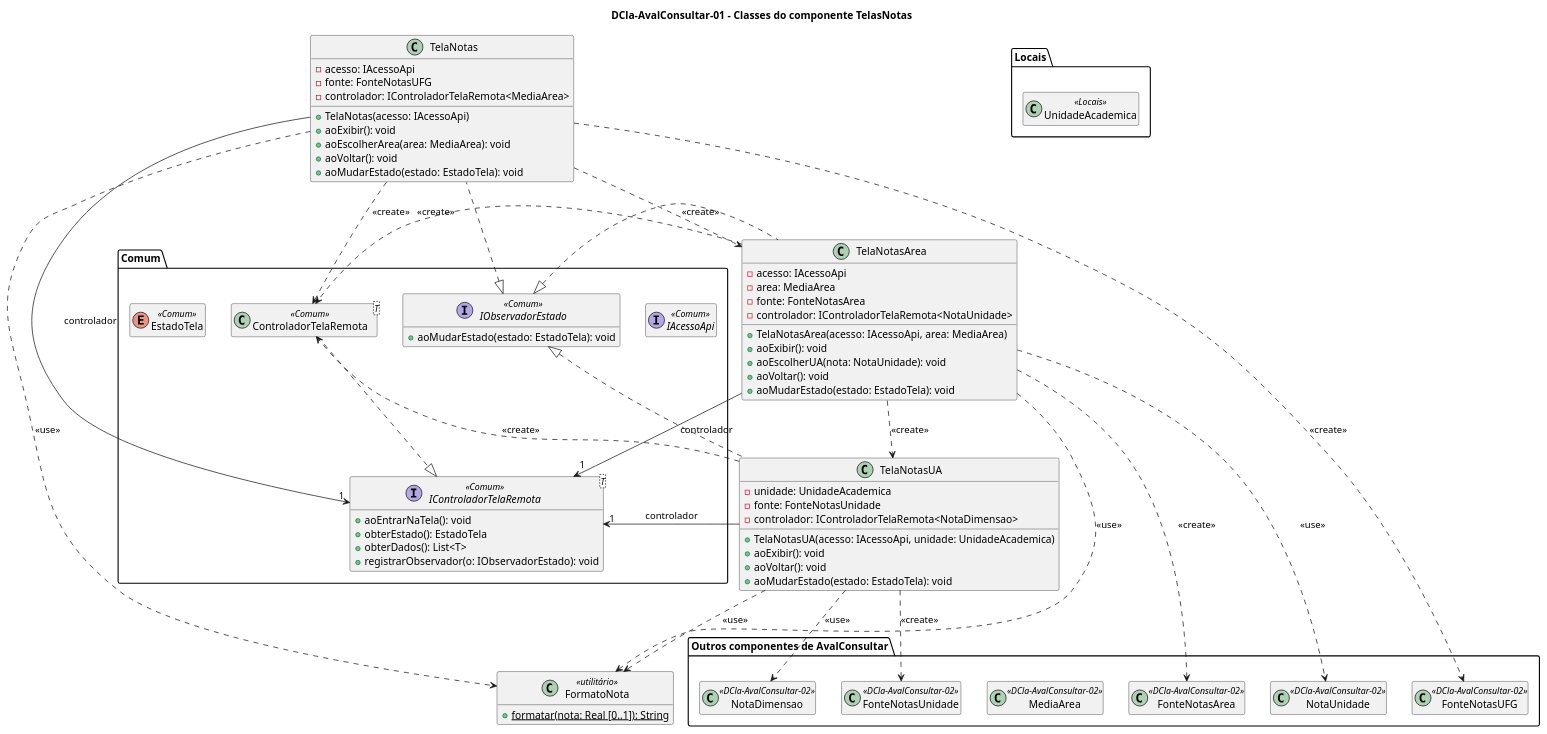
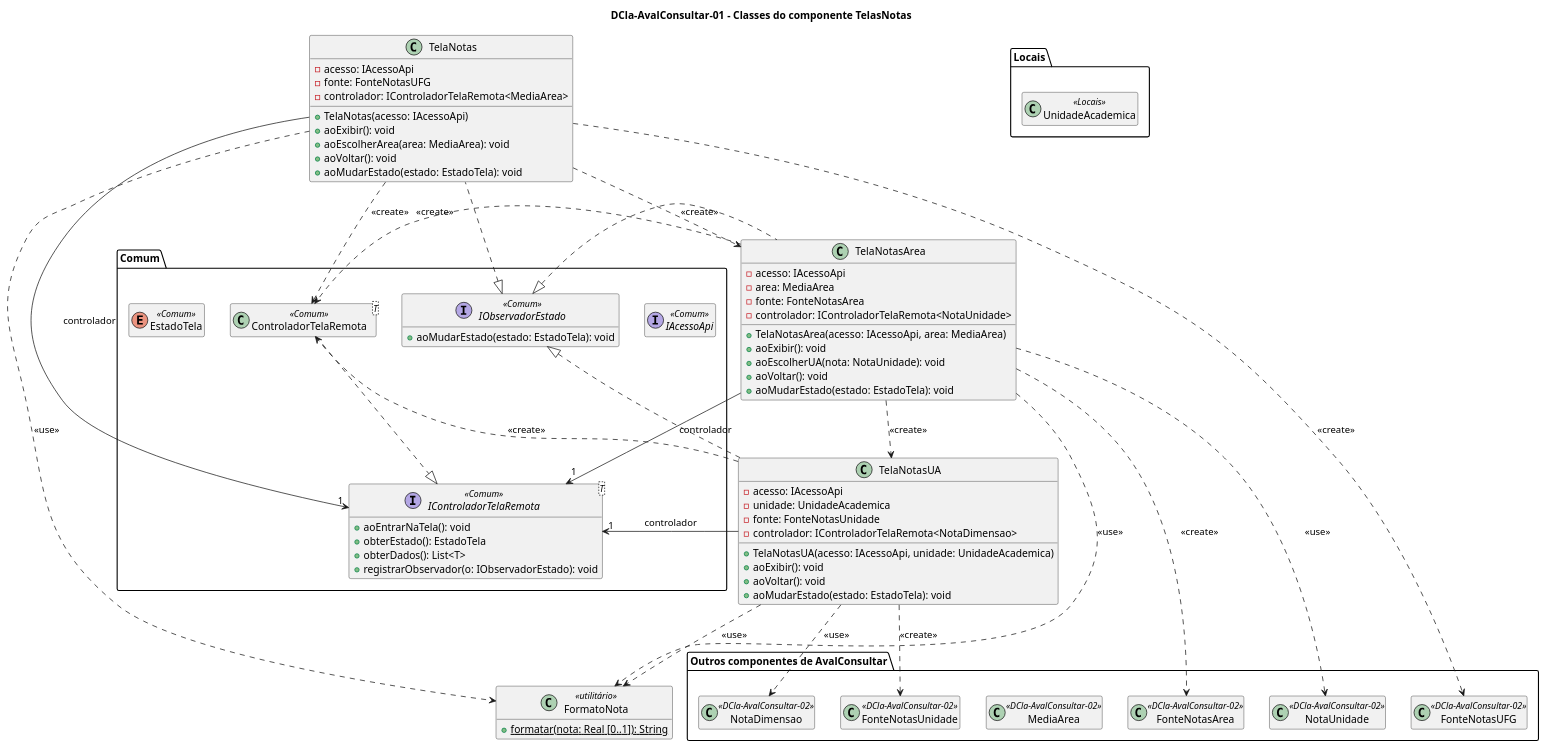
One commit to joseduardogon/Minha_UFG_Grupo_Cinza changed the diagram in AvalConsultar/DCla-AvalConsultar-01.puml. Above: the diagram before and after it, drawn with PlantUML. The commit also changed 11 other files, not shown here.

```diff
--- a/AvalConsultar/DCla-AvalConsultar-01.puml
+++ b/AvalConsultar/DCla-AvalConsultar-01.puml
@@ -1,92 +1,93 @@
 @startuml DCla-AvalConsultar-01
 title DCla-AvalConsultar-01 – Classes do componente TelasNotas
 hide empty members
 
 package "Comum" {
   interface IAcessoApi <<Comum>>
   interface IObservadorEstado <<Comum>> {
     + aoMudarEstado(estado: EstadoTela): void
   }
   interface "IControladorTelaRemota<T>" as IControlador <<Comum>> {
     + aoEntrarNaTela(): void
     + obterEstado(): EstadoTela
     + obterDados(): List<T>
     + registrarObservador(o: IObservadorEstado): void
   }
   class "ControladorTelaRemota<T>" as Controlador <<Comum>>
   enum EstadoTela <<Comum>>
 }
 
 package "Locais" {
   class UnidadeAcademica <<Locais>>
 }
 
 package "Outros componentes de AvalConsultar" {
   class FonteNotasUFG <<DCla-AvalConsultar-02>>
   class FonteNotasArea <<DCla-AvalConsultar-02>>
   class FonteNotasUnidade <<DCla-AvalConsultar-02>>
   class MediaArea <<DCla-AvalConsultar-02>>
   class NotaUnidade <<DCla-AvalConsultar-02>>
   class NotaDimensao <<DCla-AvalConsultar-02>>
 }
 
 class TelaNotas {
   - acesso: IAcessoApi
   - fonte: FonteNotasUFG
   - controlador: IControladorTelaRemota<MediaArea>
   + TelaNotas(acesso: IAcessoApi)
   + aoExibir(): void
   + aoEscolherArea(area: MediaArea): void
   + aoVoltar(): void
   + aoMudarEstado(estado: EstadoTela): void
 }
 
 class TelaNotasArea {
   - acesso: IAcessoApi
   - area: MediaArea
   - fonte: FonteNotasArea
   - controlador: IControladorTelaRemota<NotaUnidade>
   + TelaNotasArea(acesso: IAcessoApi, area: MediaArea)
   + aoExibir(): void
   + aoEscolherUA(nota: NotaUnidade): void
   + aoVoltar(): void
   + aoMudarEstado(estado: EstadoTela): void
 }
 
 class TelaNotasUA {
+  - acesso: IAcessoApi
   - unidade: UnidadeAcademica
   - fonte: FonteNotasUnidade
   - controlador: IControladorTelaRemota<NotaDimensao>
   + TelaNotasUA(acesso: IAcessoApi, unidade: UnidadeAcademica)
   + aoExibir(): void
   + aoVoltar(): void
   + aoMudarEstado(estado: EstadoTela): void
 }
 
 class FormatoNota <<utilitário>> {
   + {static} formatar(nota: Real [0..1]): String
 }
 
 IObservadorEstado <|.. TelaNotas
 IObservadorEstado <|.. TelaNotasArea
 IObservadorEstado <|.. TelaNotasUA
 
 TelaNotas ..> FonteNotasUFG : <<create>>
 TelaNotas ..> Controlador : <<create>>
 TelaNotas ..> TelaNotasArea : <<create>>
 TelaNotasArea ..> FonteNotasArea : <<create>>
 TelaNotasArea ..> Controlador : <<create>>
 TelaNotasArea ..> TelaNotasUA : <<create>>
 TelaNotasUA ..> FonteNotasUnidade : <<create>>
 TelaNotasUA ..> Controlador : <<create>>
 
 TelaNotas --> "1" IControlador : controlador
 TelaNotasArea --> "1" IControlador : controlador
 TelaNotasUA --> "1" IControlador : controlador
 TelaNotas ..> FormatoNota : <<use>>
 TelaNotasArea ..> FormatoNota : <<use>>
 TelaNotasUA ..> FormatoNota : <<use>>
 TelaNotasArea ..> NotaUnidade : <<use>>
 TelaNotasUA ..> NotaDimensao : <<use>>
 Controlador ..|> IControlador
 @enduml
```
